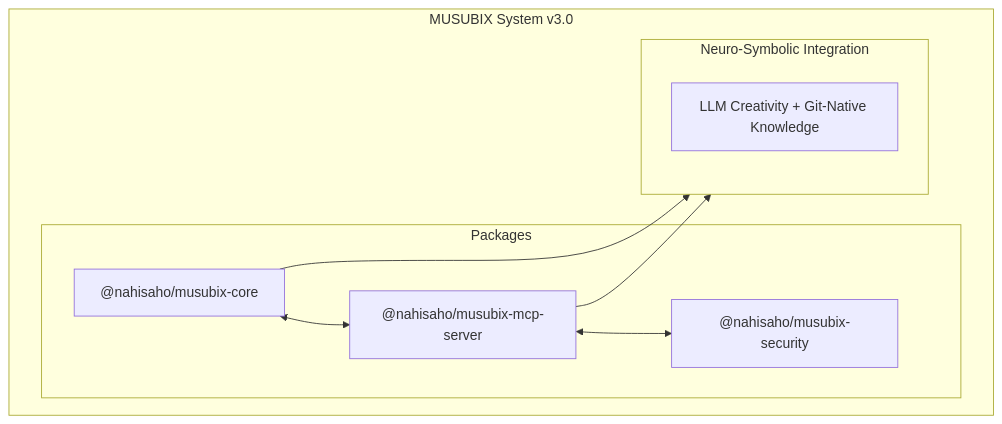
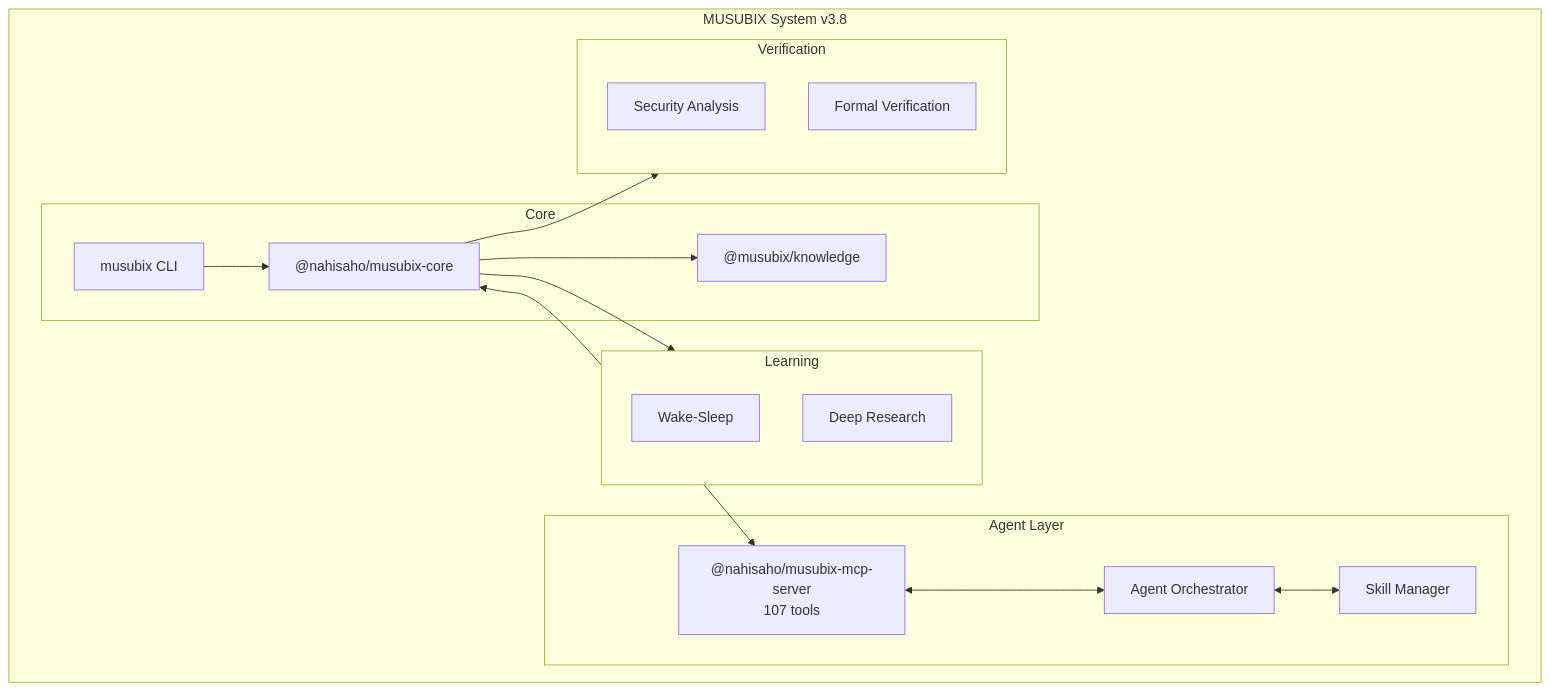
Before and after one commit to Takashi-So/MUSUBIX: the diagram in README.md, drawn with Mermaid. The commit also changed other lines of this file and 32 other files, not shown here.

````diff
--- a/README.md
+++ b/README.md
@@ -66,20 +60,34 @@
 ```mermaid
 flowchart TB
-    subgraph MUSUBIX["MUSUBIX System v3.0"]
-        subgraph Packages["Packages"]
-            Core["@nahisaho/musubix-core"]
-            MCP["@nahisaho/musubix-mcp-server"]
-            Security["@nahisaho/musubix-security"]
+    subgraph MUSUBIX["MUSUBIX System v3.8"]
+        subgraph Core["Core"]
+            CLI["musubix CLI"]
+            CoreLib["@nahisaho/musubix-core"]
+            Knowledge["@musubix/knowledge"]
         end
-        
-        Core <--> MCP
-        MCP <--> Security
-        
-        subgraph Integration["Neuro-Symbolic Integration"]
-            NSI["LLM Creativity + Git-Native Knowledge"]
+
+        subgraph Agent["Agent Layer"]
+            MCP["@nahisaho/musubix-mcp-server\n107 tools"]
+            Orchestrator["Agent Orchestrator"]
+            Skills["Skill Manager"]
         end
-        
-        Core --> Integration
-        MCP --> Integration
+
+        subgraph Learning["Learning"]
+            WakeSleep["Wake-Sleep"]
+            DeepResearch["Deep Research"]
+        end
+
+        subgraph Security["Verification"]
+            SecPkg["Security Analysis"]
+            FormalVerify["Formal Verification"]
+        end
+
+        CLI --> CoreLib
+        CoreLib <--> MCP
+        MCP <--> Orchestrator
+        Orchestrator <--> Skills
+        CoreLib --> Knowledge
+        CoreLib --> Learning
+        CoreLib --> Security
     end
 ```
````
